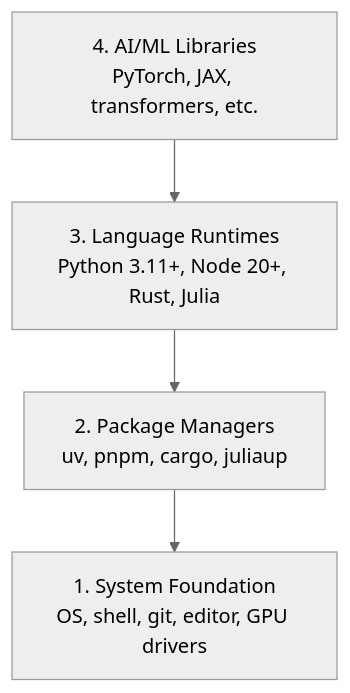
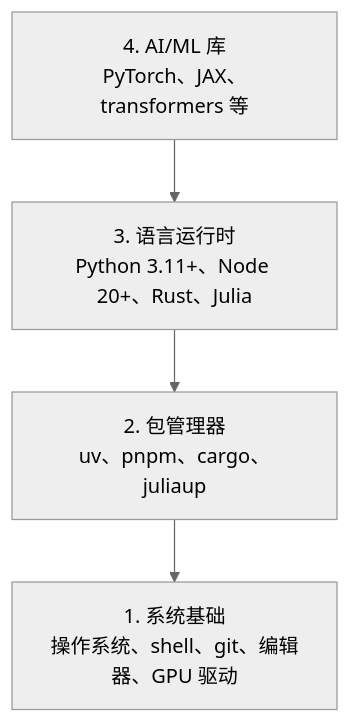
The diagram in phases/00-setup-and-tooling/01-dev-environment/docs/zh.md (omigaZen/ai-engineering-from-scratch), drawn with Mermaid (neutral theme) before and after one commit. The commit also changed other lines of this file, not shown here.

Commit message:
feat(phase-00/01): polish dev environment text

````diff
--- a/phases/00-setup-and-tooling/01-dev-environment/docs/zh.md
+++ b/phases/00-setup-and-tooling/01-dev-environment/docs/zh.md
@@ -27,6 +27,6 @@
 ```mermaid
 graph TD
-    A["4. AI/ML Libraries\nPyTorch, JAX, transformers, etc."] --> B["3. Language Runtimes\nPython 3.11+, Node 20+, Rust, Julia"]
-    B --> C["2. Package Managers\nuv, pnpm, cargo, juliaup"]
-    C --> D["1. System Foundation\nOS, shell, git, editor, GPU drivers"]
+    A["4. AI/ML 库\nPyTorch、JAX、transformers 等"] --> B["3. 语言运行时\nPython 3.11+、Node 20+、Rust、Julia"]
+    B --> C["2. 包管理器\nuv、pnpm、cargo、juliaup"]
+    C --> D["1. 系统基础\n操作系统、shell、git、编辑器、GPU 驱动"]
 ```
````
